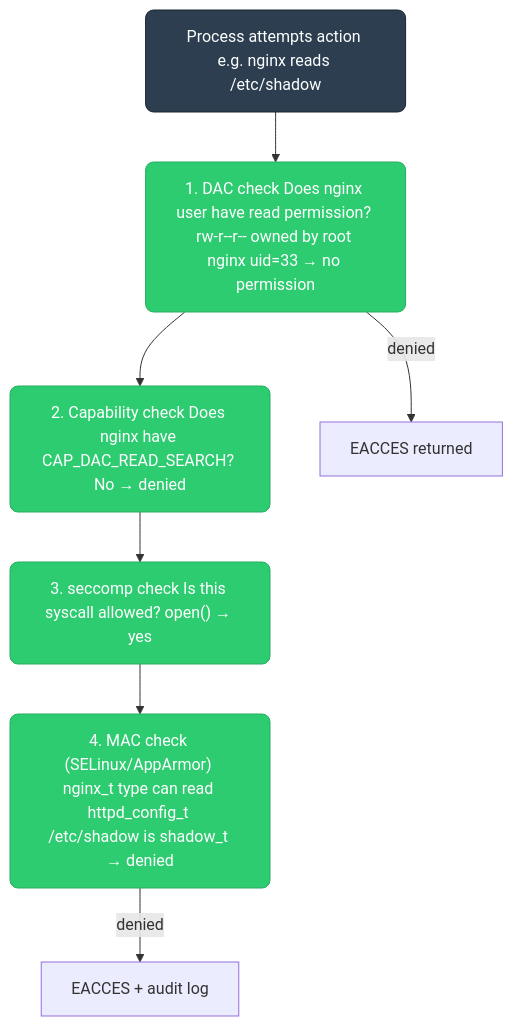
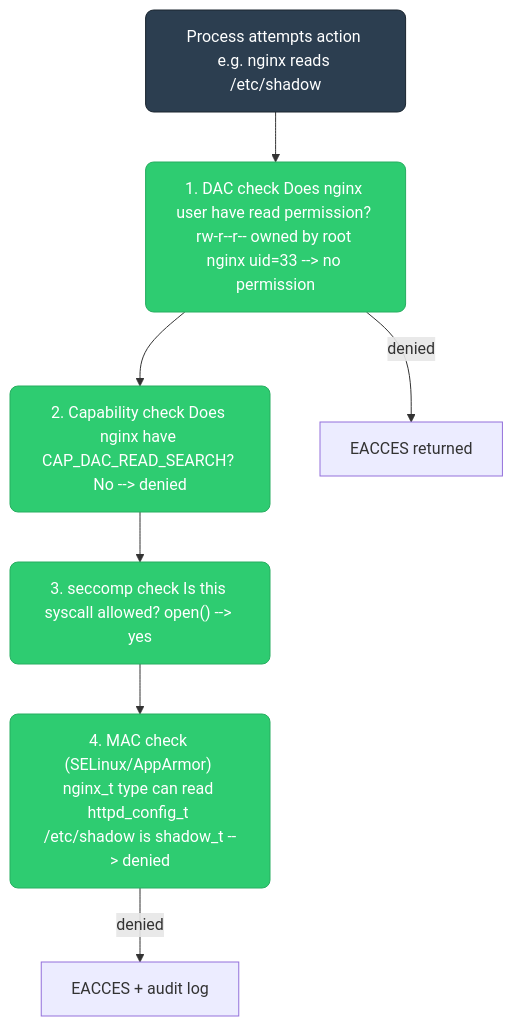
One commit to deepanshu-rawat6/tour-of-go changed the fifth of 5 diagrams in devops/linux/security.md. Above: the diagram before and after it, drawn with Mermaid. The commit also changed 25 other files, not shown here.

````diff
--- a/devops/linux/security.md
+++ b/devops/linux/security.md
@@ -241,16 +241,16 @@
 ```mermaid
 graph TD
     classDef layer fill:#2c3e50,stroke:#1a252f,color:#fff,rx:8
     classDef check fill:#2ecc71,stroke:#27ae60,color:#fff,rx:8
 
     REQ["Process attempts action e.g. nginx reads /etc/shadow"]:::layer
 
-    DAC["1. DAC check Does nginx user have read permission? rw-r--r-- owned by root nginx uid=33 → no permission"]:::check
-    CAP["2. Capability check Does nginx have CAP_DAC_READ_SEARCH? No → denied"]:::check
-    SECCOMP["3. seccomp check Is this syscall allowed? open() → yes"]:::check
-    MAC["4. MAC check (SELinux/AppArmor) nginx_t type can read httpd_config_t /etc/shadow is shadow_t → denied"]:::check
+    DAC["1. DAC check Does nginx user have read permission? rw-r--r-- owned by root nginx uid=33 --> no permission"]:::check
+    CAP["2. Capability check Does nginx have CAP_DAC_READ_SEARCH? No --> denied"]:::check
+    SECCOMP["3. seccomp check Is this syscall allowed? open() --> yes"]:::check
+    MAC["4. MAC check (SELinux/AppArmor) nginx_t type can read httpd_config_t /etc/shadow is shadow_t --> denied"]:::check
 
     REQ --> DAC --> CAP --> SECCOMP --> MAC
     DAC -->|"denied"| DENY["EACCES returned"]
     MAC -->|"denied"| DENY2["EACCES + audit log"]
 ```
````
